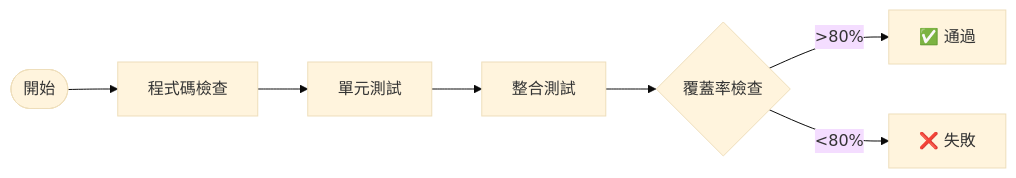
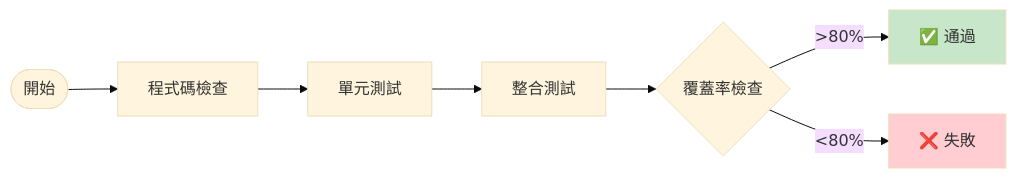
Before and after one commit to tboydar/service-booking-api: diagram 12 of 22 in README.md, drawn with Mermaid (base theme). The commit also changed other lines of this file and 11 other files, not shown here.

````diff
--- a/README.md
+++ b/README.md
@@ -868,10 +718,12 @@
 ```mermaid
 flowchart LR
     Start([開始]) --> Lint[程式碼檢查]
     Lint --> Unit[單元測試]
     Unit --> Integration[整合測試]
     Integration --> Coverage{覆蓋率檢查}
     Coverage -->|>80%| Pass[✅ 通過]
     Coverage -->|<80%| Fail[❌ 失敗]
 
+    style Pass fill:#c8e6c9
+    style Fail fill:#ffcdd2
 ```
````
